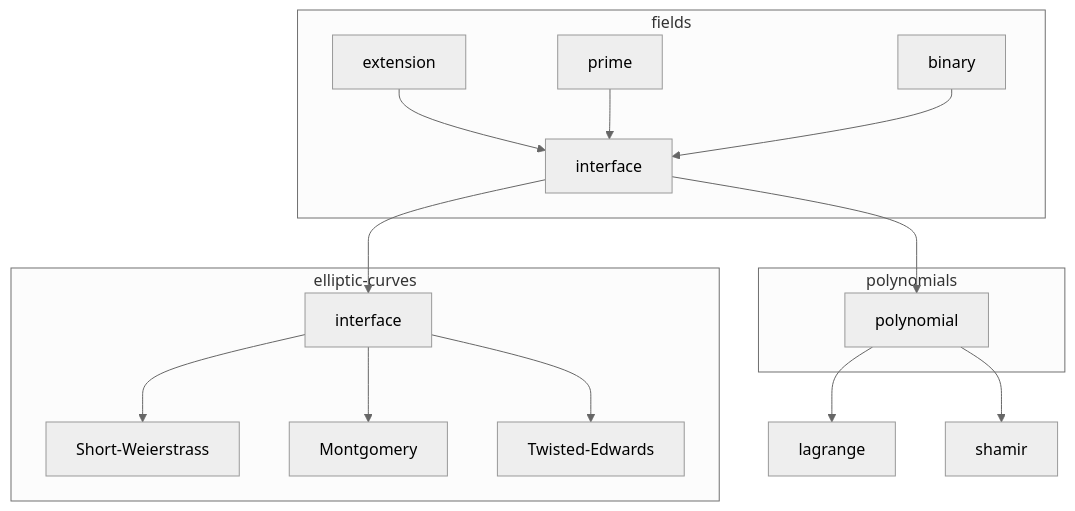
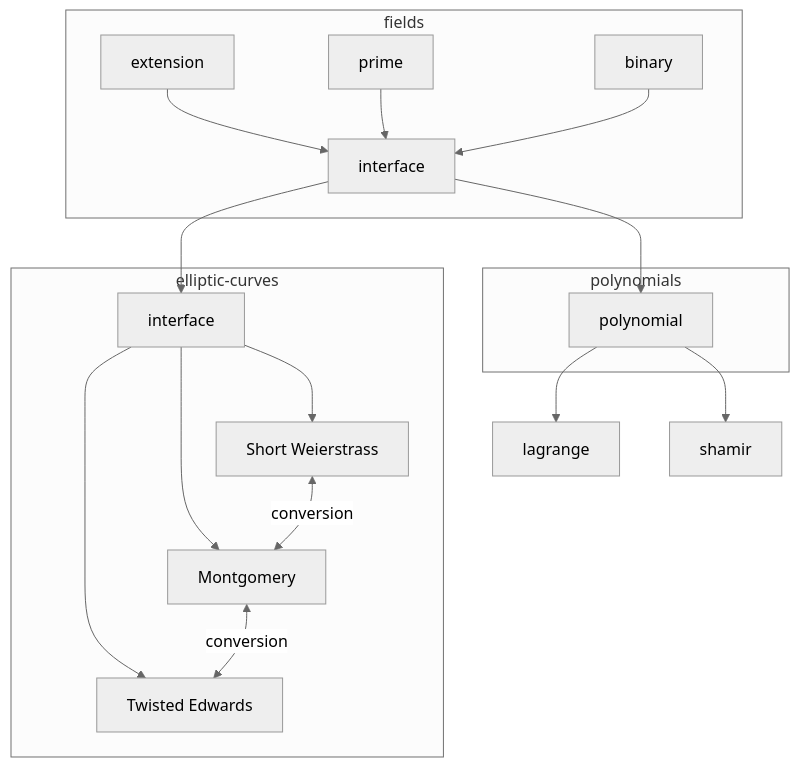
One commit to erhant/crypts changed the diagram in ORGANIZATION.md. Above: the diagram before and after it, drawn with Mermaid (neutral theme). The commit also changed 20 other files, not shown here.

````diff
--- a/ORGANIZATION.md
+++ b/ORGANIZATION.md
@@ -5,32 +5,34 @@
 ```mermaid
 graph TD
   subgraph fields
     f[interface]
 
     extension --> f
     prime --> f
     binary --> f
   end
 
   subgraph polynomials
     p[polynomial]
     f --> p
   end
 
   subgraph elliptic-curves
     e[interface]
-    sw[Short-Weierstrass]
+    sw[Short Weierstrass]
     mont[Montgomery]
-    te[Twisted-Edwards]
+    te[Twisted Edwards]
 
     e --> sw
     e --> mont
     e --> te
     f --> e
+
+    sw <--"conversion"--> mont <--"conversion"--> te
   end
 
   p --> lagrange
-  p -->shamir
+  p --> shamir
 
 
 ```
````
